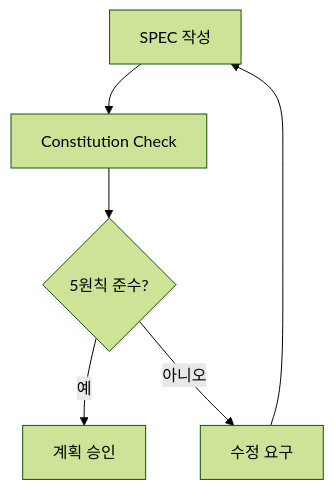
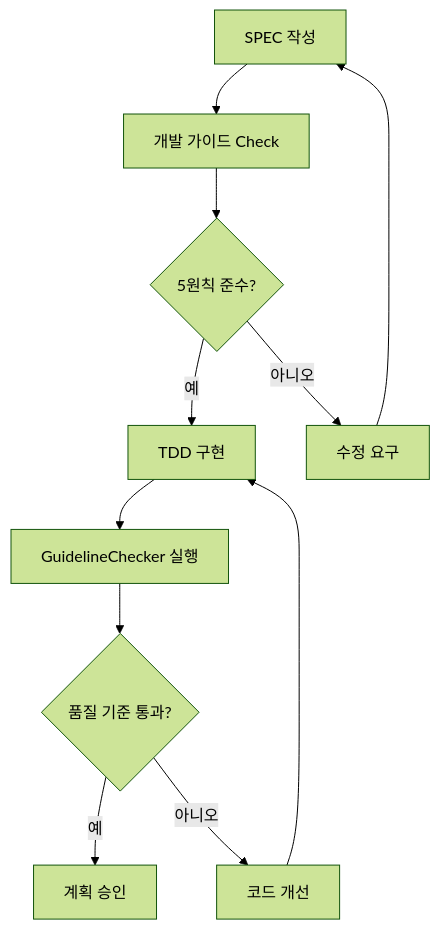
Before and after one commit to modu-ai/moai-adk: the third of 4 diagrams in docs/sections/04-architecture.md, drawn with Mermaid (forest theme). The commit also changed other lines of this file and 70 other files, not shown here.

````diff
--- a/docs/sections/04-architecture.md
+++ b/docs/sections/04-architecture.md
@@ -334,8 +340,13 @@
 ```mermaid
 flowchart TD
-    A[SPEC 작성] --> B[Constitution Check]
+    A[SPEC 작성] --> B[개발 가이드 Check]
     B --> C{5원칙 준수?}
-    C -->|예| D[계획 승인]
+    C -->|예| D[TDD 구현]
     C -->|아니오| E[수정 요구]
     E --> A
+    D --> F[GuidelineChecker 실행]
+    F --> G{품질 기준 통과?}
+    G -->|예| H[계획 승인]
+    G -->|아니오| I[코드 개선]
+    I --> D
 ```
````
